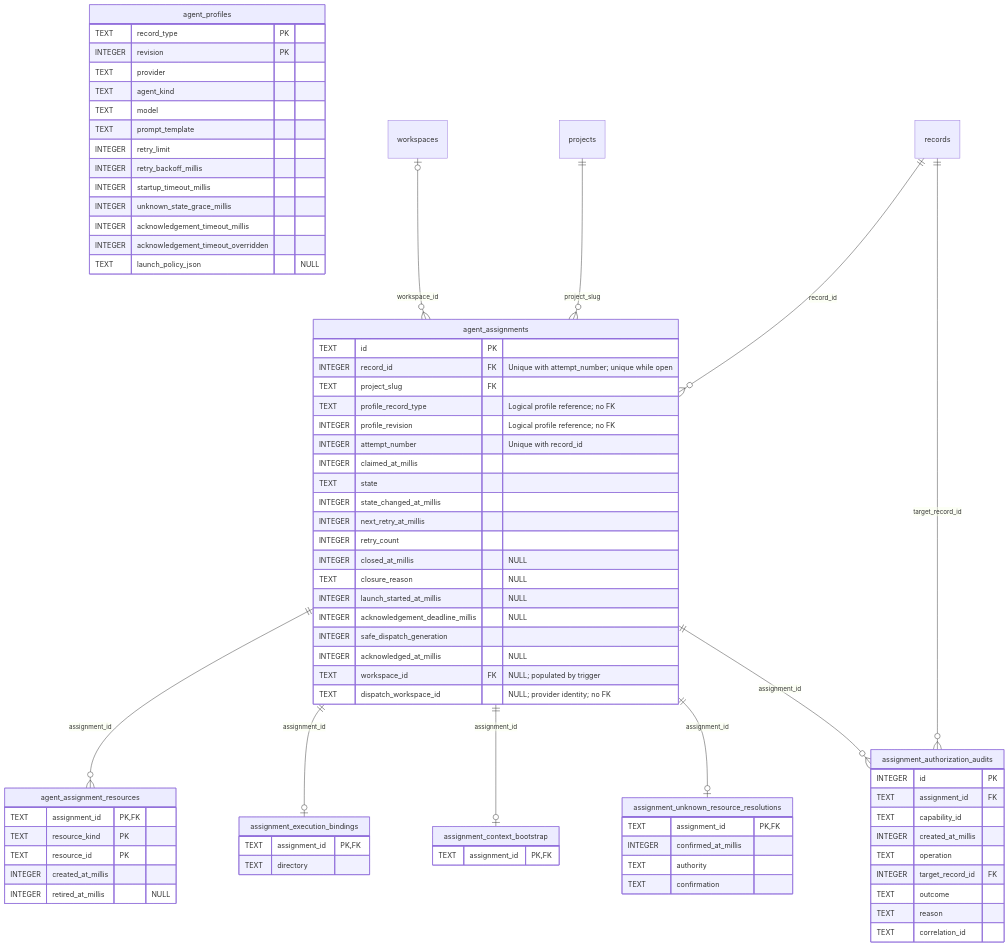
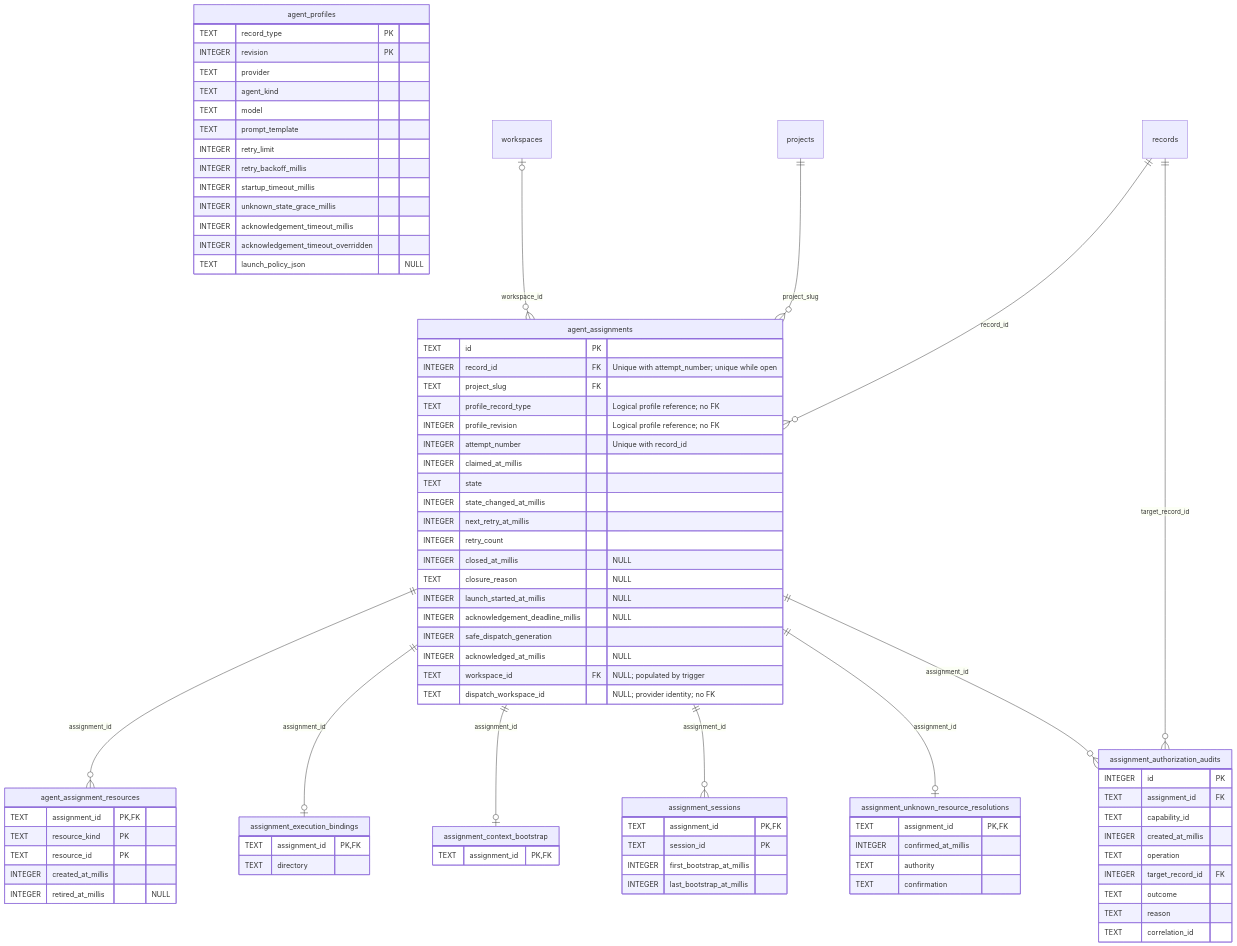
One commit to albizures/forge changed the second of 4 diagrams in crates/store/README.md. Above: the diagram before and after it, drawn with Mermaid. The commit also changed other lines of this file and 24 other files, not shown here.

````diff
--- a/crates/store/README.md
+++ b/crates/store/README.md
@@ -330,6 +345,12 @@
         TEXT assignment_id PK,FK
         TEXT directory
     }
+    assignment_sessions {
+        TEXT assignment_id PK,FK
+        TEXT session_id PK
+        INTEGER first_bootstrap_at_millis
+        INTEGER last_bootstrap_at_millis
+    }
     assignment_context_bootstrap {
         TEXT assignment_id PK,FK
     }
@@ -358,6 +379,7 @@
     agent_assignments ||--o{ agent_assignment_resources : assignment_id
     agent_assignments ||--o| assignment_execution_bindings : assignment_id
     agent_assignments ||--o| assignment_context_bootstrap : assignment_id
+    agent_assignments ||--o{ assignment_sessions : assignment_id
     agent_assignments ||--o| assignment_unknown_resource_resolutions : assignment_id
     agent_assignments ||--o{ assignment_authorization_audits : assignment_id
 ```
````
